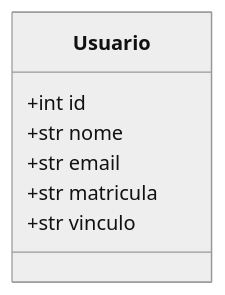
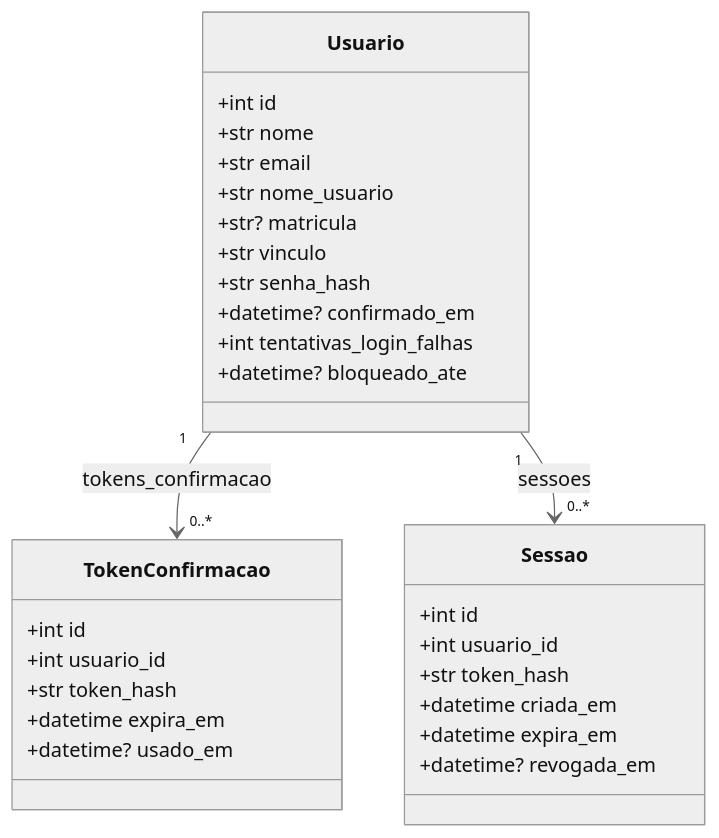
The diagram in server/infra/db/README.md (xXeverton/classificados-puc), drawn with Mermaid (neutral theme) before and after one commit. The commit also changed other lines of this file and 66 other files, not shown here.

````diff
--- a/server/infra/db/README.md
+++ b/server/infra/db/README.md
@@ -11,10 +11,32 @@
 ```mermaid
 classDiagram
     class Usuario {
         +int id
         +str nome
         +str email
-        +str matricula
+        +str nome_usuario
+        +str? matricula
         +str vinculo
+        +str senha_hash
+        +datetime? confirmado_em
+        +int tentativas_login_falhas
+        +datetime? bloqueado_ate
     }
+    class TokenConfirmacao {
+        +int id
+        +int usuario_id
+        +str token_hash
+        +datetime expira_em
+        +datetime? usado_em
+    }
+    class Sessao {
+        +int id
+        +int usuario_id
+        +str token_hash
+        +datetime criada_em
+        +datetime expira_em
+        +datetime? revogada_em
+    }
+    Usuario "1" --> "0..*" TokenConfirmacao : tokens_confirmacao
+    Usuario "1" --> "0..*" Sessao : sessoes
 ```
````
